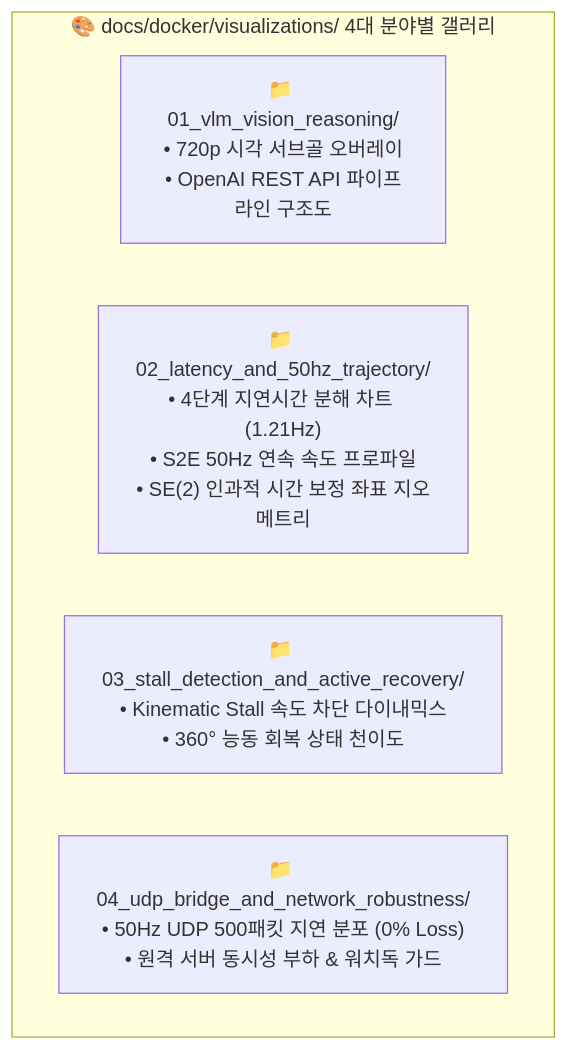
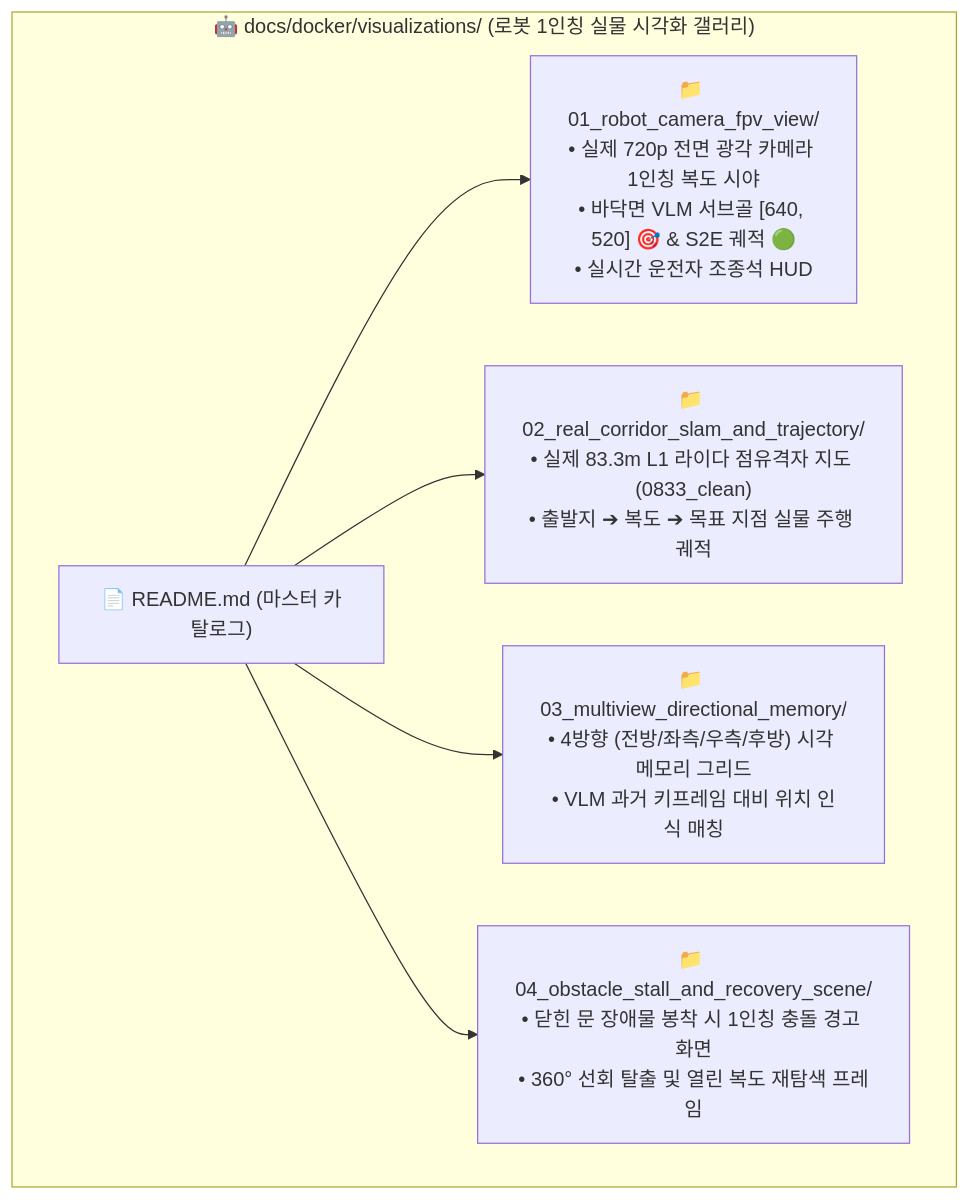
Before and after one commit to CGV-HGU/go2_ws: the diagram in docs/docker/visualizations/README.md, drawn with Mermaid. The commit also changed other lines of this file and 10 other files, not shown here.

Commit message:
docs(docker): construct 4-domain real-robot FPV and sensor visualization gallery with automated generator

````diff
--- a/docs/docker/visualizations/README.md
+++ b/docs/docker/visualizations/README.md
@@ -11,9 +11,19 @@
 ```mermaid
 graph TD
-    subgraph "🎨 docs/docker/visualizations/ 4대 분야별 갤러리"
-        D1["📁 01_vlm_vision_reasoning/<br/>• 720p 시각 서브골 오버레이<br/>• OpenAI REST API 파이프라인 구조도"]
-        D2["📁 02_latency_and_50hz_trajectory/<br/>• 4단계 지연시간 분해 차트 (1.21Hz)<br/>• S2E 50Hz 연속 속도 프로파일<br/>• SE(2) 인과적 시간 보정 좌표 지오메트리"]
-        D3["📁 03_stall_detection_and_active_recovery/<br/>• Kinematic Stall 속도 차단 다이내믹스<br/>• 360° 능동 회복 상태 천이도"]
-        D4["📁 04_udp_bridge_and_network_robustness/<br/>• 50Hz UDP 500패킷 지연 분포 (0% Loss)<br/>• 원격 서버 동시성 부하 & 워치독 가드"]
+    subgraph "🤖 docs/docker/visualizations/ (로봇 1인칭 실물 시각화 갤러리)"
+        M["📄 README.md (마스터 카탈로그)"]
+        
+        D1["📁 01_robot_camera_fpv_view/<br/>• 실제 720p 전면 광각 카메라 1인칭 복도 시야<br/>• 바닥면 VLM 서브골 [640, 520] 🎯 & S2E 궤적 🟢<br/>• 실시간 운전자 조종석 HUD"]
+        
+        D2["📁 02_real_corridor_slam_and_trajectory/<br/>• 실제 83.3m L1 라이다 점유격자 지도 (0833_clean)<br/>• 출발지 ➔ 복도 ➔ 목표 지점 실물 주행 궤적"]
+        
+        D3["📁 03_multiview_directional_memory/<br/>• 4방향 (전방/좌측/우측/후방) 시각 메모리 그리드<br/>• VLM 과거 키프레임 대비 위치 인식 매칭"]
+        
+        D4["📁 04_obstacle_stall_and_recovery_scene/<br/>• 닫힌 문 장애물 봉착 시 1인칭 충돌 경고 화면<br/>• 360° 선회 탈출 및 열린 복도 재탐색 프레임"]
     end
+
+    M --> D1
+    M --> D2
+    M --> D3
+    M --> D4
 ```
````
